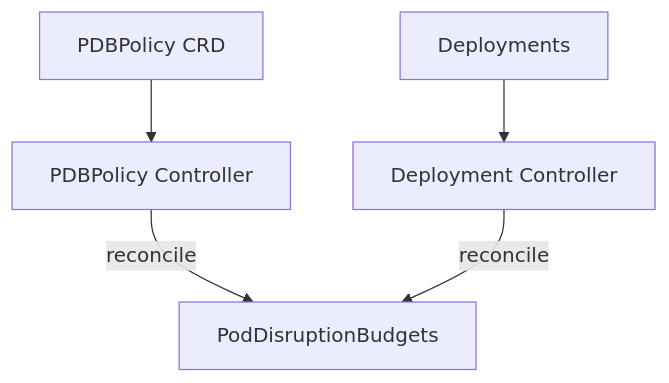
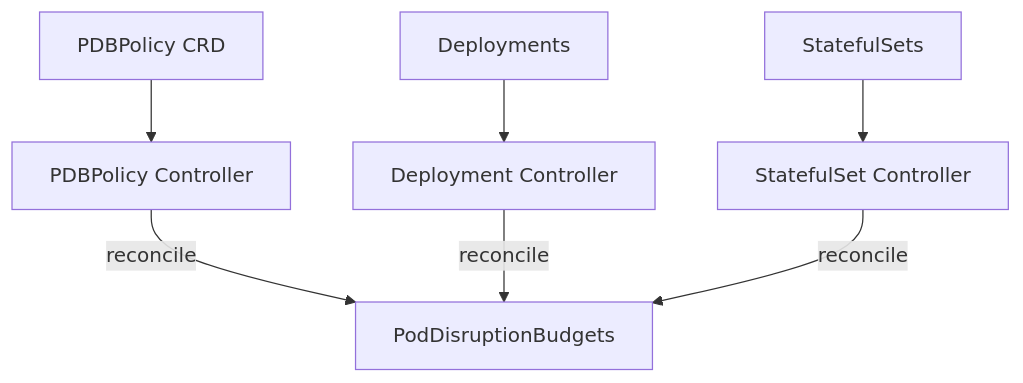
One commit to pdb-operator/pdb-operator changed the diagram in README.md. Above: the diagram before and after it, drawn with Mermaid. The commit also changed other lines of this file and 14 other files, not shown here.

````diff
--- a/README.md
+++ b/README.md
@@ -45,7 +45,9 @@
 ```mermaid
 graph TD
     A[PDBPolicy CRD] --> B[PDBPolicy Controller]
     C[Deployments] --> D[Deployment Controller]
+    F[StatefulSets] --> G[StatefulSet Controller]
     B -- reconcile --> E[PodDisruptionBudgets]
     D -- reconcile --> E
+    G -- reconcile --> E
 ```
````
